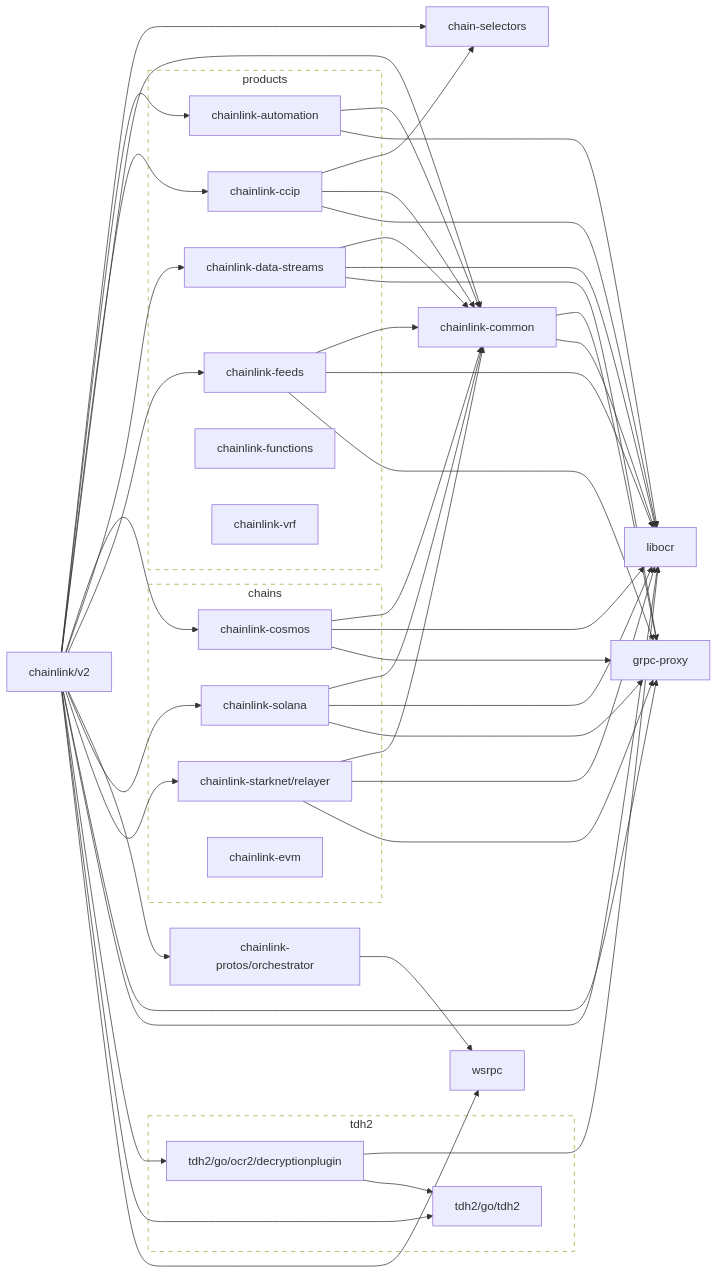
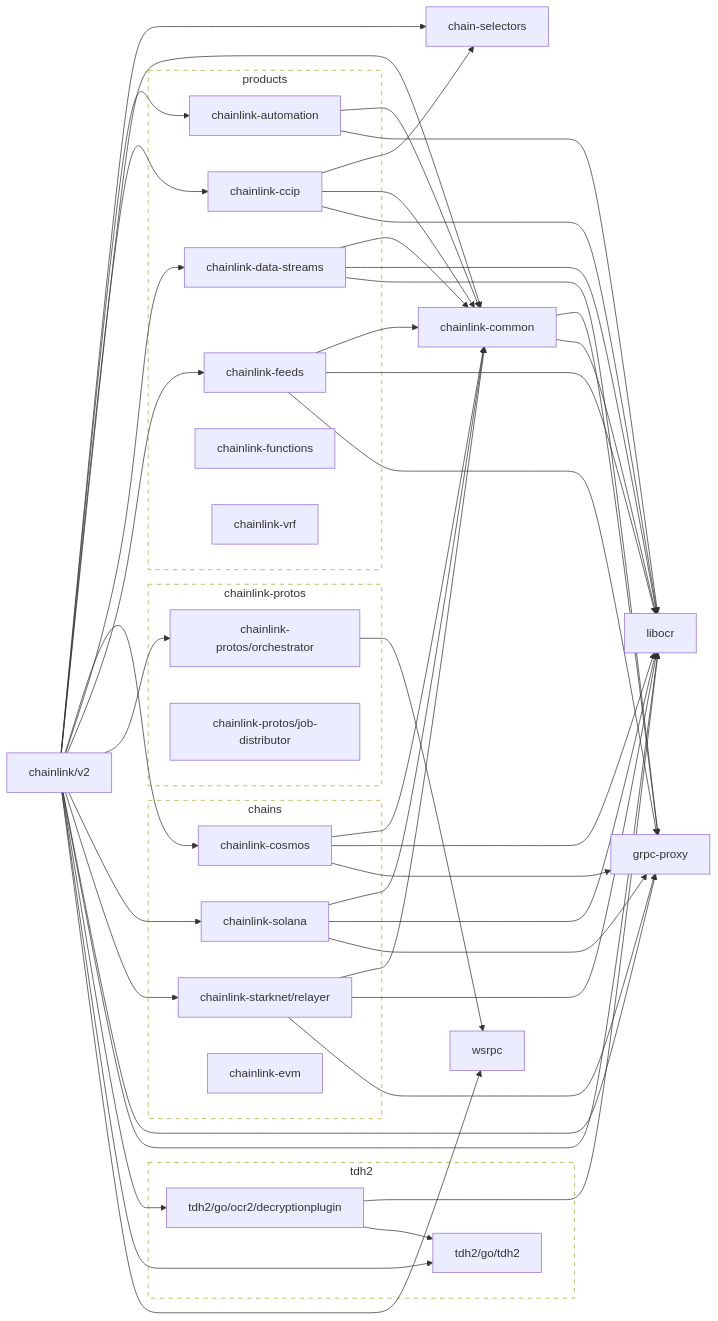
The first of 2 diagrams in go.md (smartcontractkit/chainlink), drawn with Mermaid before and after one commit. The commit also changed other lines of this file and 1 other file, not shown here.

```diff
--- a/go.md
+++ b/go.md
@@ -22,8 +23,13 @@
     tdh2/go/ocr2/decryptionplugin
   end
 
+  subgraph chainlink-protos
+    chainlink-protos/orchestrator
+    chainlink-protos/job-distributor
+  end
+
   classDef outline stroke-dasharray:6,fill:none;
-  class chains,products,tdh2 outline
+  class chains,products,tdh2,chainlink-protos outline
 
   chainlink/v2 --> chain-selectors
   click chain-selectors href "https://github.com/smartcontractkit/chain-selectors"
```
